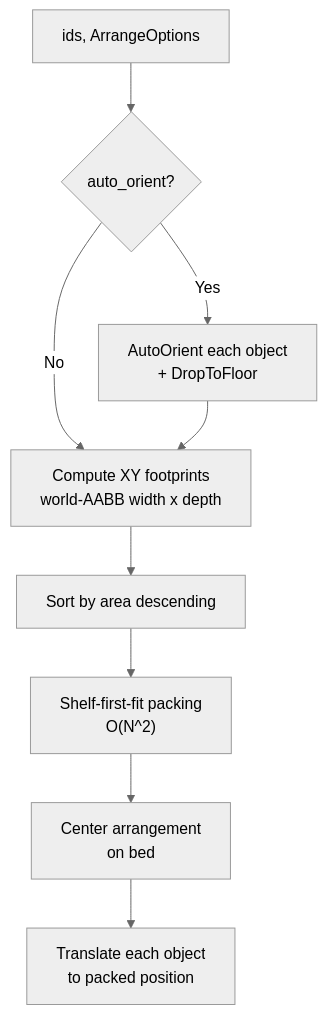
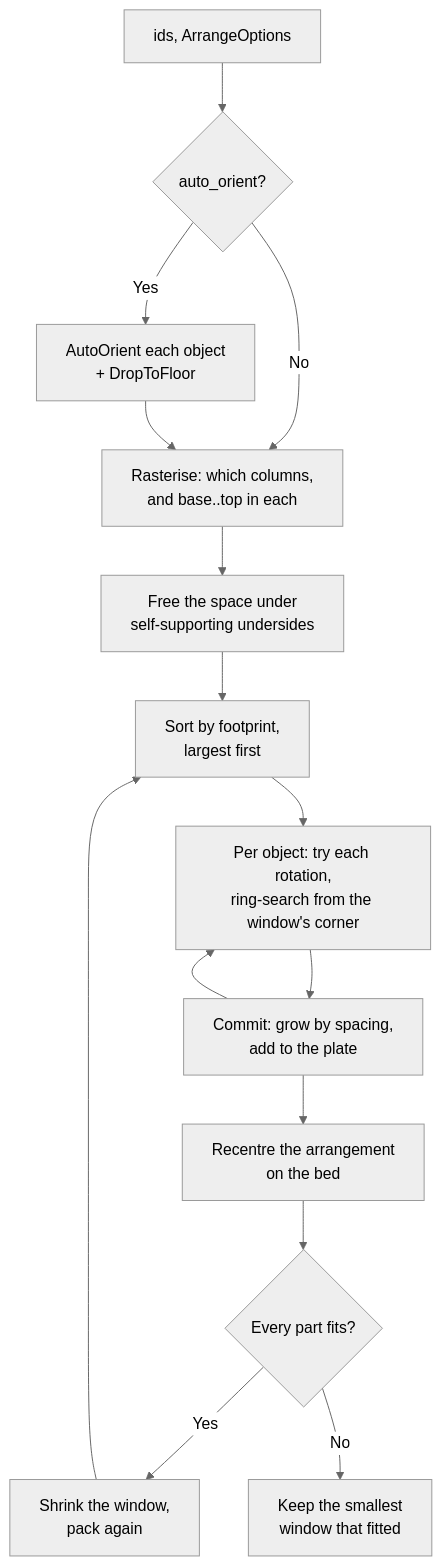
One commit to ColdCrabby/slicer changed the second of 2 diagrams in src/orient/README.md. Above: the diagram before and after it, drawn with Mermaid (neutral theme). The commit also changed other lines of this file and 13 other files, not shown here.

First line of the commit message:
Nest the plate in 3D: parts share area where one passes over the other (#350)

````diff
--- a/src/orient/README.md
+++ b/src/orient/README.md
@@ -189,11 +200,17 @@
 ```mermaid
 flowchart TD
   A["ids, ArrangeOptions"] --> B{"auto_orient?"}
   B -- "Yes" --> C["AutoOrient each object<br/>+ DropToFloor"]
   B -- "No" --> D
-  C --> D["Compute XY footprints<br/>world-AABB width x depth"]
-  D --> E["Sort by area descending"]
-  E --> F["Shelf-first-fit packing<br/>O(N^2)"]
-  F --> G["Center arrangement<br/>on bed"]
-  G --> H["Translate each object<br/>to packed position"]
+  C --> D["Rasterise: which columns,<br/>and base..top in each"]
+  D --> E["Free the space under<br/>self-supporting undersides"]
+  E --> F["Sort by footprint,<br/>largest first"]
+  F --> G["Per object: try each rotation,<br/>ring-search from the window's corner"]
+  G --> H["Commit: grow by spacing,<br/>add to the plate"]
+  H --> G
+  H --> I["Recentre the arrangement<br/>on the bed"]
+  I --> J{"Every part fits?"}
+  J -- "Yes" --> K["Shrink the window,<br/>pack again"]
+  K --> F
+  J -- "No" --> L["Keep the smallest<br/>window that fitted"]
 ```
````
